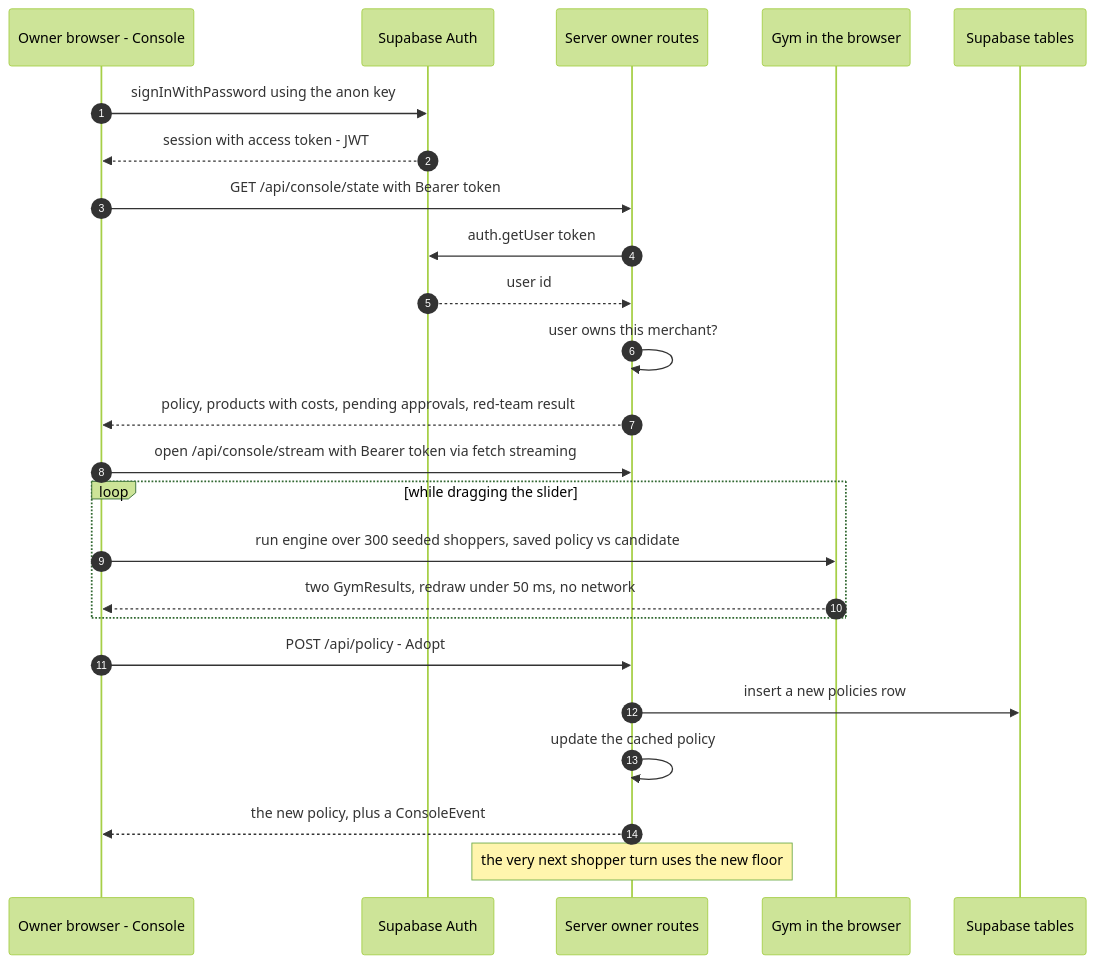
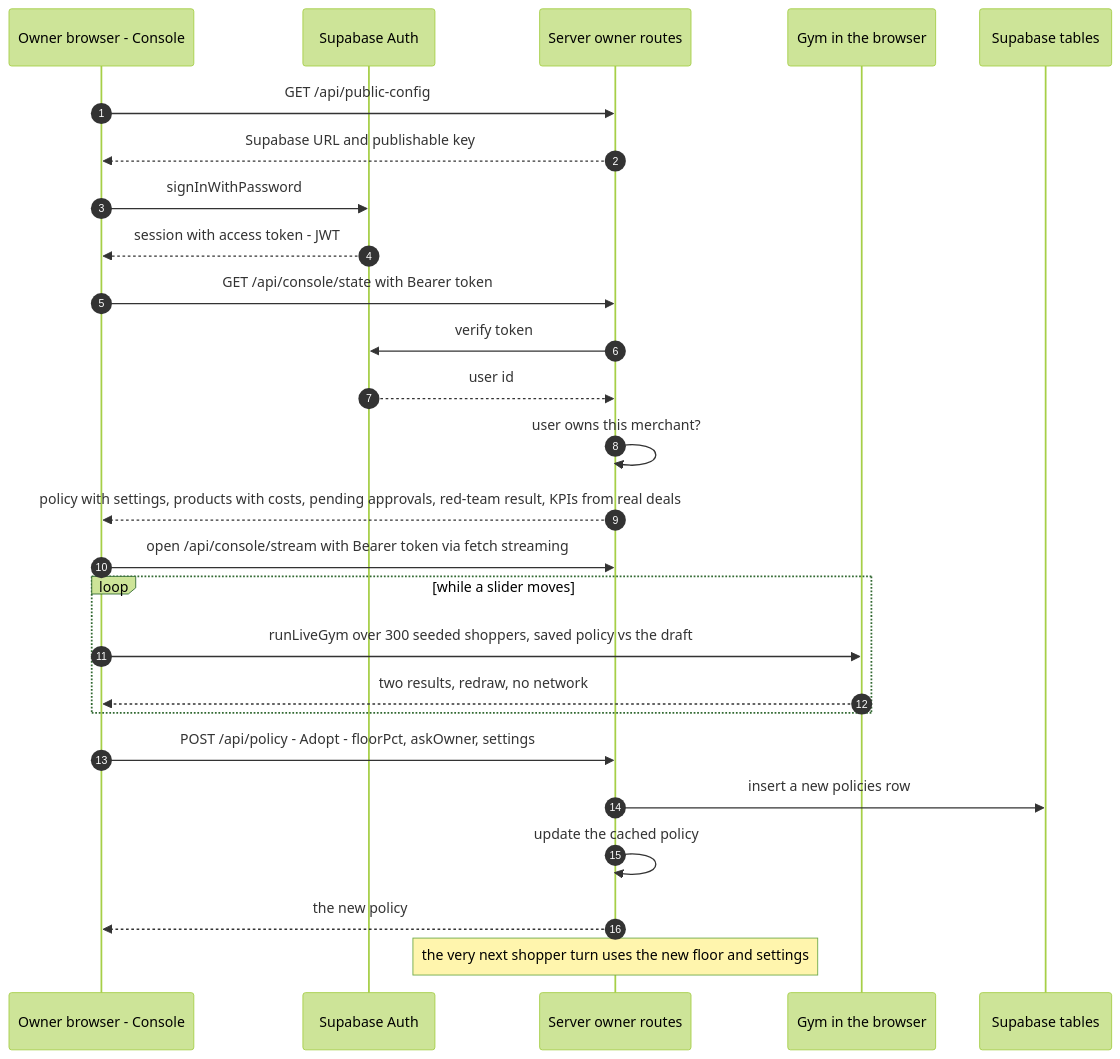
Before and after one commit to Maristanez/bazaar: the ninth of 22 diagrams in docs/ARCHITECTURE.md, drawn with Mermaid (forest theme). The commit also changed other lines of this file and 13 other files, not shown here.

````diff
--- a/docs/ARCHITECTURE.md
+++ b/docs/ARCHITECTURE.md
@@ -371,27 +365,29 @@
 ```mermaid
 sequenceDiagram
   autonumber
   participant O as Owner browser - Console
   participant P as Supabase Auth
   participant A as Server owner routes
   participant G as Gym in the browser
   participant T as Supabase tables
 
-  O->>P: signInWithPassword using the anon key
+  O->>A: GET /api/public-config
+  A-->>O: Supabase URL and publishable key
+  O->>P: signInWithPassword
   P-->>O: session with access token - JWT
   O->>A: GET /api/console/state with Bearer token
-  A->>P: auth.getUser token
+  A->>P: verify token
   P-->>A: user id
   A->>A: user owns this merchant?
-  A-->>O: policy, products with costs, pending approvals, red-team result
+  A-->>O: policy with settings, products with costs, pending approvals, red-team result, KPIs from real deals
   O->>A: open /api/console/stream with Bearer token via fetch streaming
-  loop while dragging the slider
-    O->>G: run engine over 300 seeded shoppers, saved policy vs candidate
-    G-->>O: two GymResults, redraw under 50 ms, no network
+  loop while a slider moves
+    O->>G: runLiveGym over 300 seeded shoppers, saved policy vs the draft
+    G-->>O: two results, redraw, no network
   end
-  O->>A: POST /api/policy - Adopt
+  O->>A: POST /api/policy - Adopt - floorPct, askOwner, settings
   A->>T: insert a new policies row
   A->>A: update the cached policy
-  A-->>O: the new policy, plus a ConsoleEvent
-  Note over A: the very next shopper turn uses the new floor
+  A-->>O: the new policy
+  Note over A: the very next shopper turn uses the new floor and settings
 ```
````
